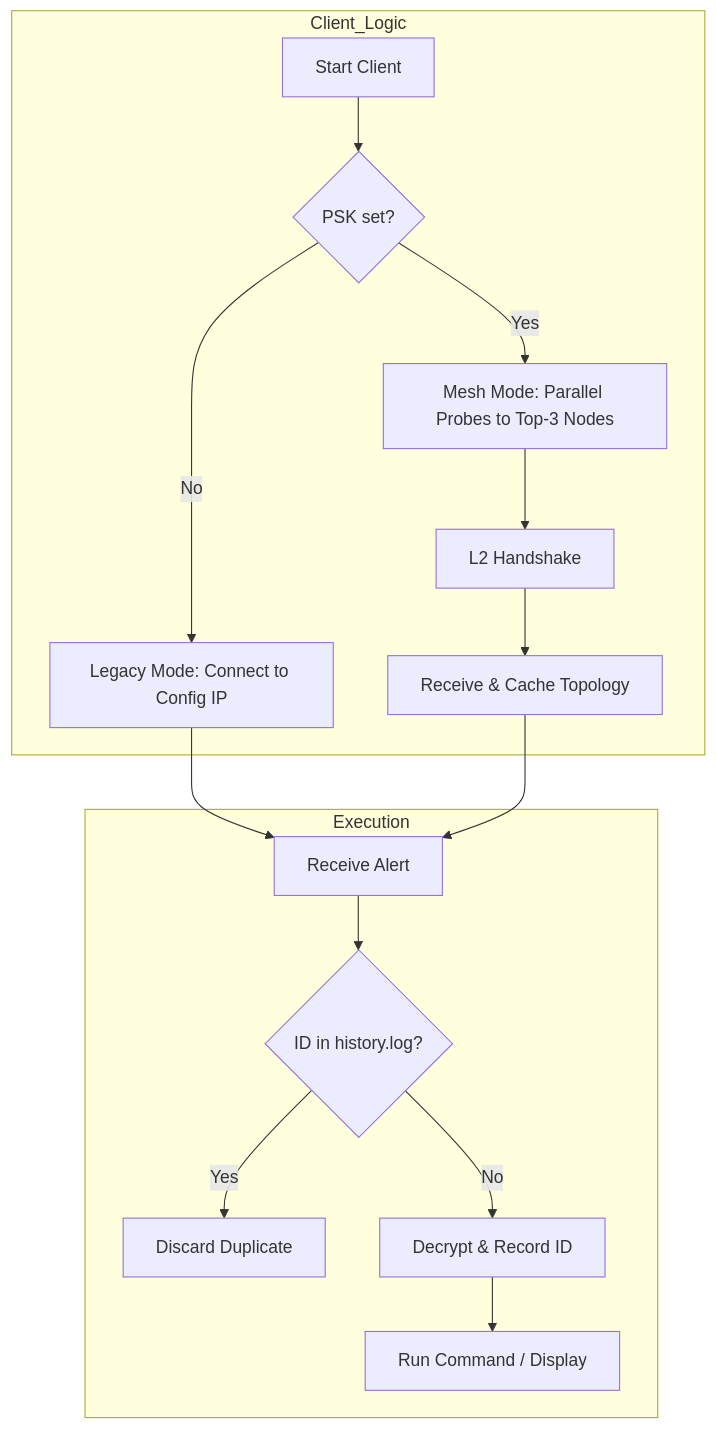
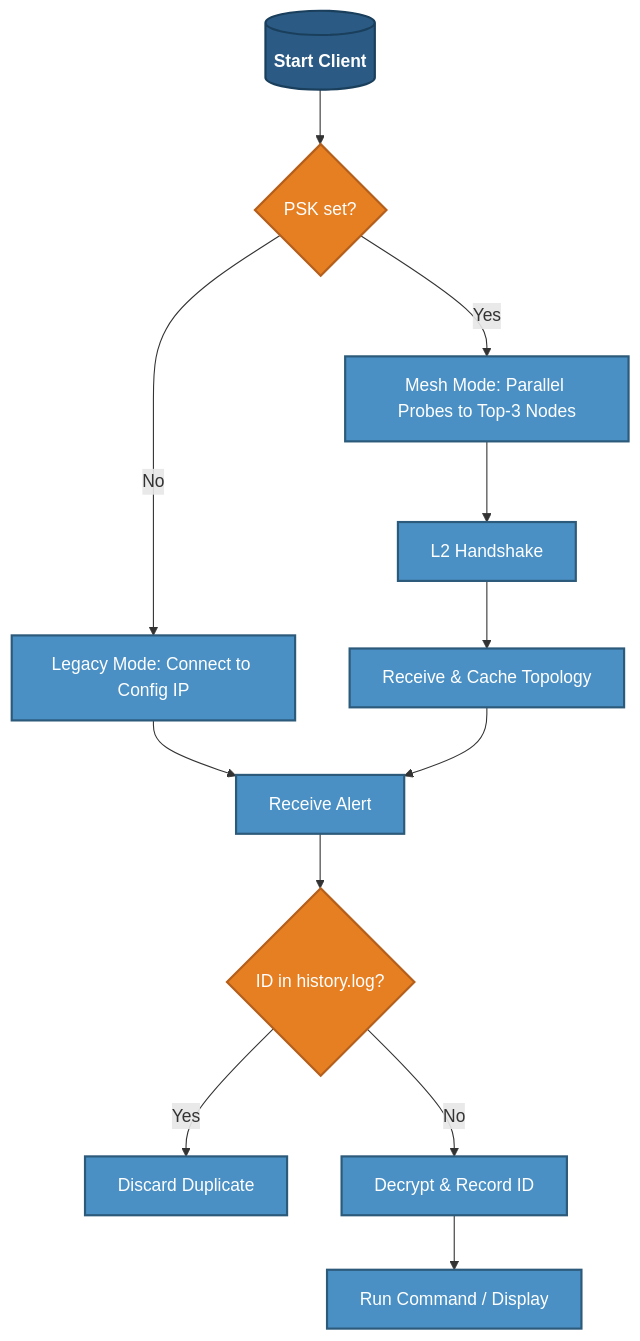
Before and after one commit to psqlmaster/gorgona: the second of 2 diagrams in readme.md, drawn with Mermaid. The commit also changed other lines of this file, not shown here.

````diff
--- a/readme.md
+++ b/readme.md
@@ -731,20 +744,25 @@
 ```mermaid
 graph TD
-    subgraph Client_Logic
-        CL_START[Start Client] --> CL_CONF{PSK set?}
-        CL_CONF -->|No| CL_LEGACY[Legacy Mode: Connect to Config IP]
-        CL_CONF -->|Yes| CL_SMART[Mesh Mode: Parallel Probes to Top-3 Nodes]
-        CL_SMART --> CL_AUTH[L2 Handshake]
-        CL_AUTH --> CL_PEX[Receive & Cache Topology]
-    end
+    CL_START[("Start Client")] --> CL_CONF{PSK set?}
+    CL_CONF -->|No| CL_LEGACY["Legacy Mode: Connect to Config IP"]
+    CL_CONF -->|Yes| CL_SMART["Mesh Mode: Parallel Probes to Top-3 Nodes"]
+    CL_SMART --> CL_AUTH["L2 Handshake"]
+    CL_AUTH --> CL_PEX["Receive & Cache Topology"]
     
-    subgraph Execution
-        RECV[Receive Alert] --> IDEM{ID in history.log?}
-        IDEM -->|Yes| DROP[Discard Duplicate]
-        IDEM -->|No| DECRYPT[Decrypt & Record ID]
-        DECRYPT --> EXEC[Run Command / Display]
-    end
+    RECV["Receive Alert"] --> IDEM{ID in history.log?}
+    IDEM -->|Yes| DROP["Discard Duplicate"]
+    IDEM -->|No| DECRYPT["Decrypt & Record ID"]
+    DECRYPT --> EXEC["Run Command / Display"]
     
     CL_LEGACY --> RECV
     CL_PEX --> RECV
+
+    %% Styles
+    classDef startEnd fill:#2b5b84,stroke:#1a3f5c,stroke-width:2px,color:#fff,font-weight:bold
+    classDef process fill:#4a90c4,stroke:#2c5a7a,stroke-width:2px,color:#fff
+    classDef decision fill:#e67e22,stroke:#b45f1b,stroke-width:2px,color:#fff
+
+    class CL_START startEnd
+    class CL_LEGACY,CL_SMART,CL_AUTH,CL_PEX,RECV,DROP,DECRYPT,EXEC process
+    class CL_CONF,IDEM decision
 ```
````
